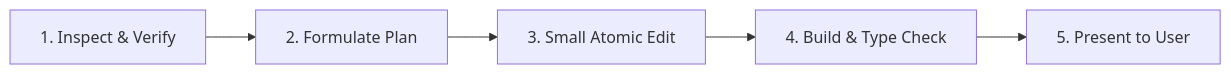
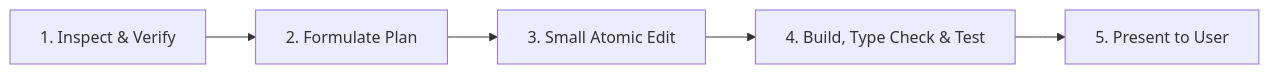
One commit to averroes96/pointure changed the diagram in AGENTS.md. Above: the diagram before and after it, drawn with Mermaid. The commit also changed other lines of this file, not shown here.

````diff
--- a/AGENTS.md
+++ b/AGENTS.md
@@ -25,7 +36,7 @@
 ```mermaid
 flowchart LR
     A["1. Inspect & Verify"] --> B["2. Formulate Plan"]
     B --> C["3. Small Atomic Edit"]
-    C --> D["4. Build & Type Check"]
+    C --> D["4. Build, Type Check & Test"]
     D --> E["5. Present to User"]
 ```
````
